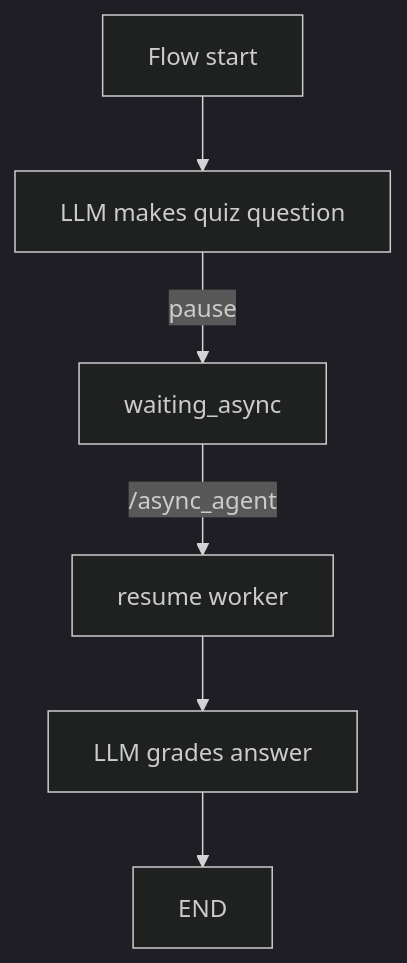
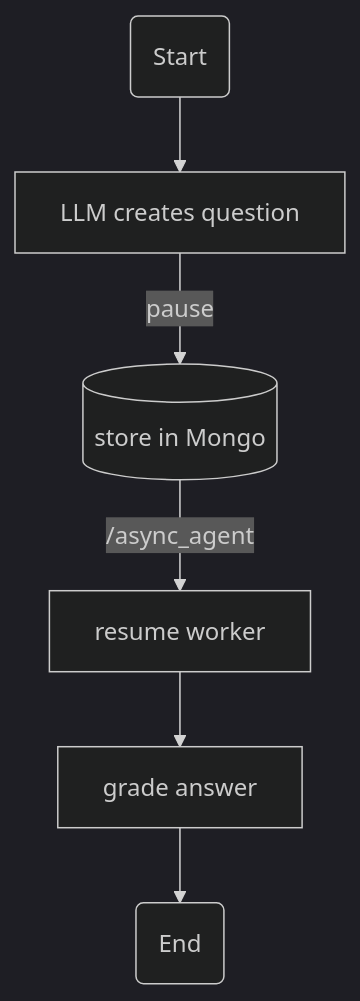
Before and after one commit to Darjallo/Ethel_FoodMicro: the diagram in README.md, drawn with Mermaid (dark theme). The commit also changed other lines of this file and 1 other file, not shown here.

````diff
--- a/README.md
+++ b/README.md
@@ -99,7 +78,7 @@
 ```mermaid
 graph TD
-    A[Flow start] --> B[LLM makes quiz question]
-    B -->|pause| C[waiting_async]
+    A(Start) --> B[LLM creates question]
+    B -->|pause| C[(store in Mongo)]
     C -->|/async_agent| D[resume worker]
-    D --> E[LLM grades answer] --> F[END]
+    D --> E[grade answer] --> F(End)
 ```
````
